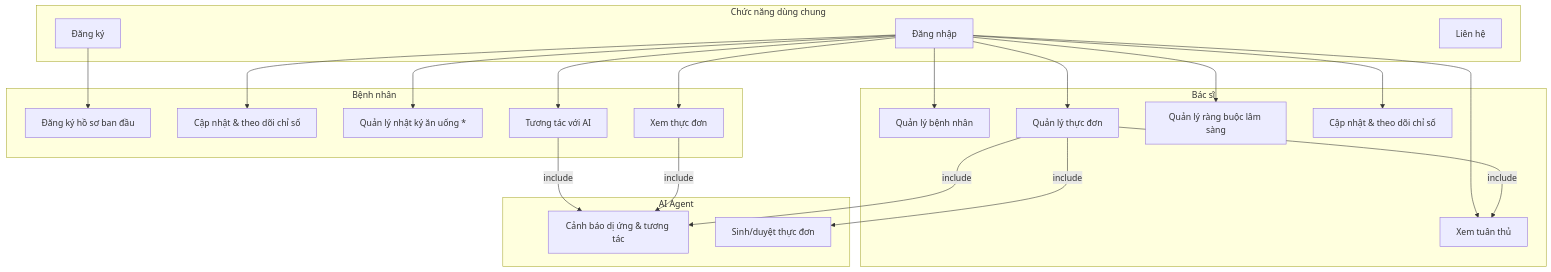
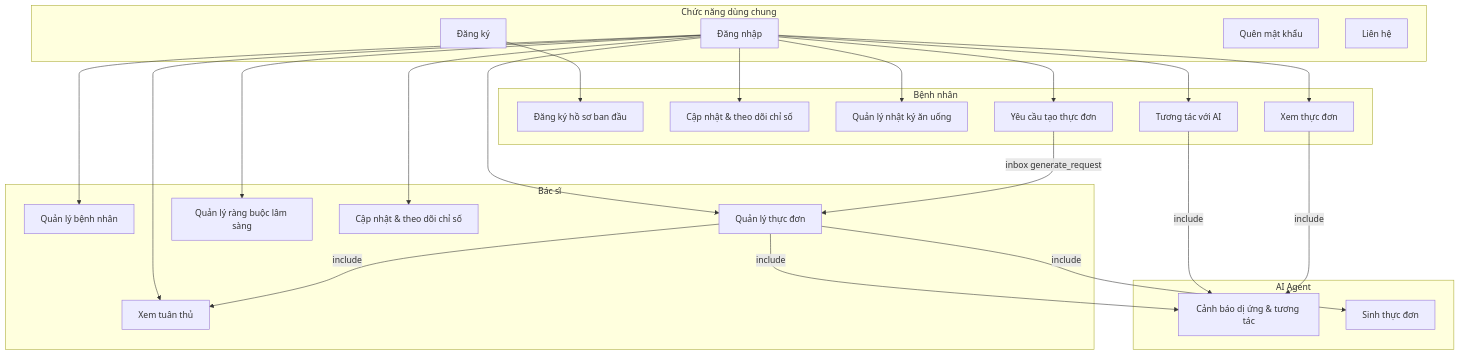
One commit to anhdotu0912/mohinhhoa changed the diagram in docs/MO_TA_HE_THONG.md. Above: the diagram before and after it, drawn with Mermaid. The commit also changed other lines of this file and 29 other files, not shown here.

````diff
--- a/docs/MO_TA_HE_THONG.md
+++ b/docs/MO_TA_HE_THONG.md
@@ -24,38 +62,41 @@
 ```mermaid
 flowchart TB
   subgraph Shared[Chức năng dùng chung]
     Register[Đăng ký]
     Login[Đăng nhập]
+    Forgot[Quên mật khẩu]
     Contact[Liên hệ]
   end
 
   subgraph Doctor[Bác sĩ]
     D1[Quản lý bệnh nhân]
     D2[Quản lý thực đơn]
     D3[Xem tuân thủ]
     D4[Quản lý ràng buộc lâm sàng]
     D5[Cập nhật & theo dõi chỉ số]
   end
 
   subgraph Patient[Bệnh nhân]
     P1[Đăng ký hồ sơ ban đầu]
     P2[Cập nhật & theo dõi chỉ số]
-    P3[Quản lý nhật ký ăn uống *]
+    P3[Quản lý nhật ký ăn uống]
     P4[Xem thực đơn]
     P5[Tương tác với AI]
+    P6[Yêu cầu tạo thực đơn]
   end
 
   subgraph AI[AI Agent]
     A1[Cảnh báo dị ứng & tương tác]
-    A2[Sinh/duyệt thực đơn]
+    A2[Sinh thực đơn]
   end
 
   Login --> D1 & D2 & D3 & D4 & D5
-  Login --> P2 & P3 & P4 & P5
+  Login --> P2 & P3 & P4 & P5 & P6
   Register --> P1
+  P6 -->|inbox generate_request| D2
   D2 -->|include| A2
   P5 -->|include| A1
   D2 -->|include| A1
   D2 -->|include| D3
   P4 -->|include| A1
 ```
````
